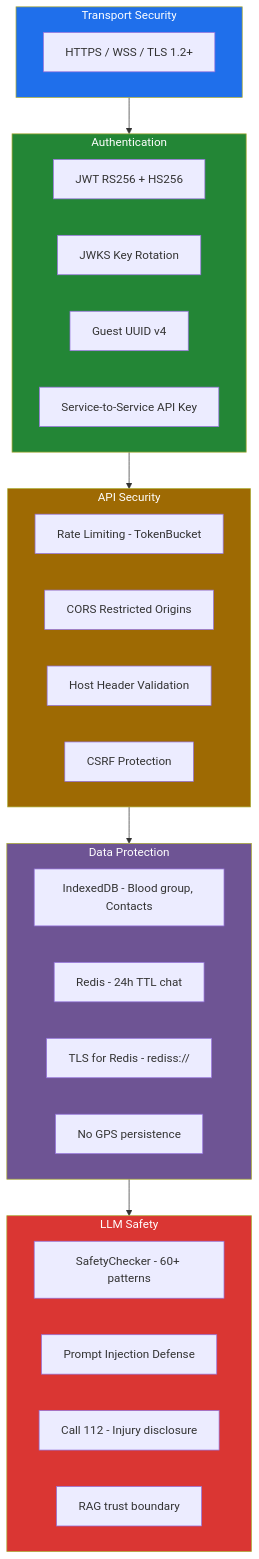
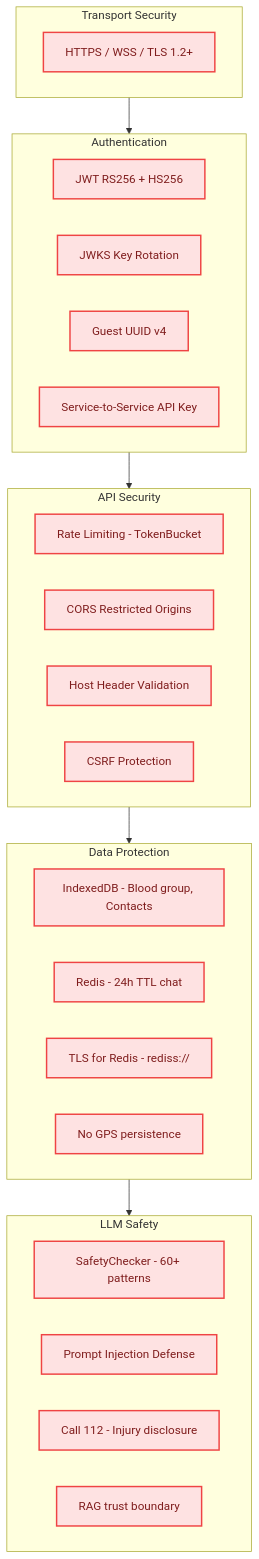
Before and after one commit to SafeVixAI/SafeVixAI: the diagram in docs/architecture/Security.md, drawn with Mermaid. The commit also changed 85 other files, not shown here.

Commit message:
docs: Fix Mermaid diagrams, resolve relative link warnings, and ensure clean mkdocs build

````diff
--- a/docs/architecture/Security.md
+++ b/docs/architecture/Security.md
@@ -9,45 +9,48 @@
 ```mermaid
 flowchart TB
+    classDef edge fill:#dbeafe,stroke:#3b82f6,stroke-width:2px,color:#1e3a5f
+    classDef control fill:#dcfce7,stroke:#22c55e,stroke-width:2px,color:#14532d
+    classDef ai fill:#f3e8ff,stroke:#a855f7,stroke-width:2px,color:#581c87
+    classDef data fill:#fef3c7,stroke:#f59e0b,stroke-width:2px,color:#78350f
+    classDef security fill:#fee2e2,stroke:#ef4444,stroke-width:2px,color:#7f1d1d
+    classDef external fill:#f1f5f9,stroke:#94a3b8,stroke-width:2px,stroke-dasharray:5 5,color:#334155
+    classDef decision fill:#e0e7ff,stroke:#6366f1,stroke-width:2px,color:#312e81
+    classDef success fill:#d1fae5,stroke:#10b981,stroke-width:2px,color:#064e3b
+
     subgraph Transport["Transport Security"]
-        T[HTTPS / WSS / TLS 1.2+]
+        T["HTTPS / WSS / TLS 1.2+"]:::security
     end
 
     subgraph Auth["Authentication"]
-        A1[JWT RS256 + HS256]
-        A2[JWKS Key Rotation]
-        A3[Guest UUID v4]
-        A4[Service-to-Service API Key]
+        A1["JWT RS256 + HS256"]:::security
+        A2["JWKS Key Rotation"]:::security
+        A3["Guest UUID v4"]:::security
+        A4["Service-to-Service API Key"]:::security
     end
 
     subgraph API_Sec["API Security"]
-        R1[Rate Limiting - TokenBucket]
-        C1[CORS Restricted Origins]
-        H1[Host Header Validation]
-        CSRF[CSRF Protection]
+        R1["Rate Limiting - TokenBucket"]:::security
+        C1["CORS Restricted Origins"]:::security
+        H1["Host Header Validation"]:::security
+        CSRF["CSRF Protection"]:::security
     end
 
     subgraph Data_Protect["Data Protection"]
-        D1[IndexedDB - Blood group, Contacts]
-        D2[Redis - 24h TTL chat]
-        D3[TLS for Redis - rediss://]
-        D4[No GPS persistence]
+        D1["IndexedDB - Blood group, Contacts"]:::security
+        D2["Redis - 24h TTL chat"]:::security
+        D3["TLS for Redis - rediss://"]:::security
+        D4["No GPS persistence"]:::security
     end
 
     subgraph LLM_Safety["LLM Safety"]
-        S1[SafetyChecker - 60+ patterns]
-        S2[Prompt Injection Defense]
-        S3[Call 112 - Injury disclosure]
-        S4[RAG trust boundary]
+        S1["SafetyChecker - 60+ patterns"]:::security
+        S2["Prompt Injection Defense"]:::security
+        S3["Call 112 - Injury disclosure"]:::security
+        S4["RAG trust boundary"]:::security
     end
 
     Transport --> Auth
     Auth --> API_Sec
     API_Sec --> Data_Protect
     Data_Protect --> LLM_Safety
-
-    style Transport fill:#1f6feb,color:#fff
-    style Auth fill:#238636,color:#fff
-    style API_Sec fill:#9e6a03,color:#fff
-    style Data_Protect fill:#6e5494,color:#fff
-    style LLM_Safety fill:#da3633,color:#fff
 ```
````
